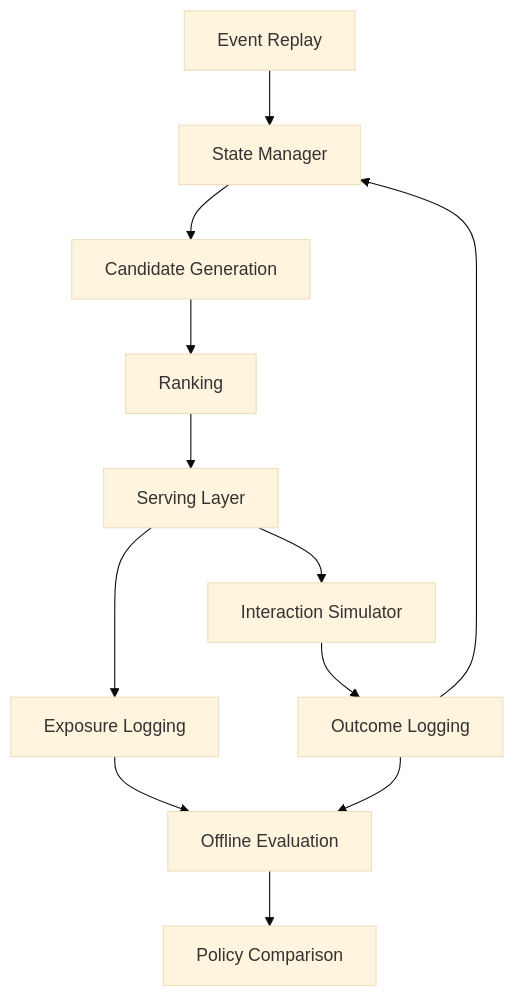
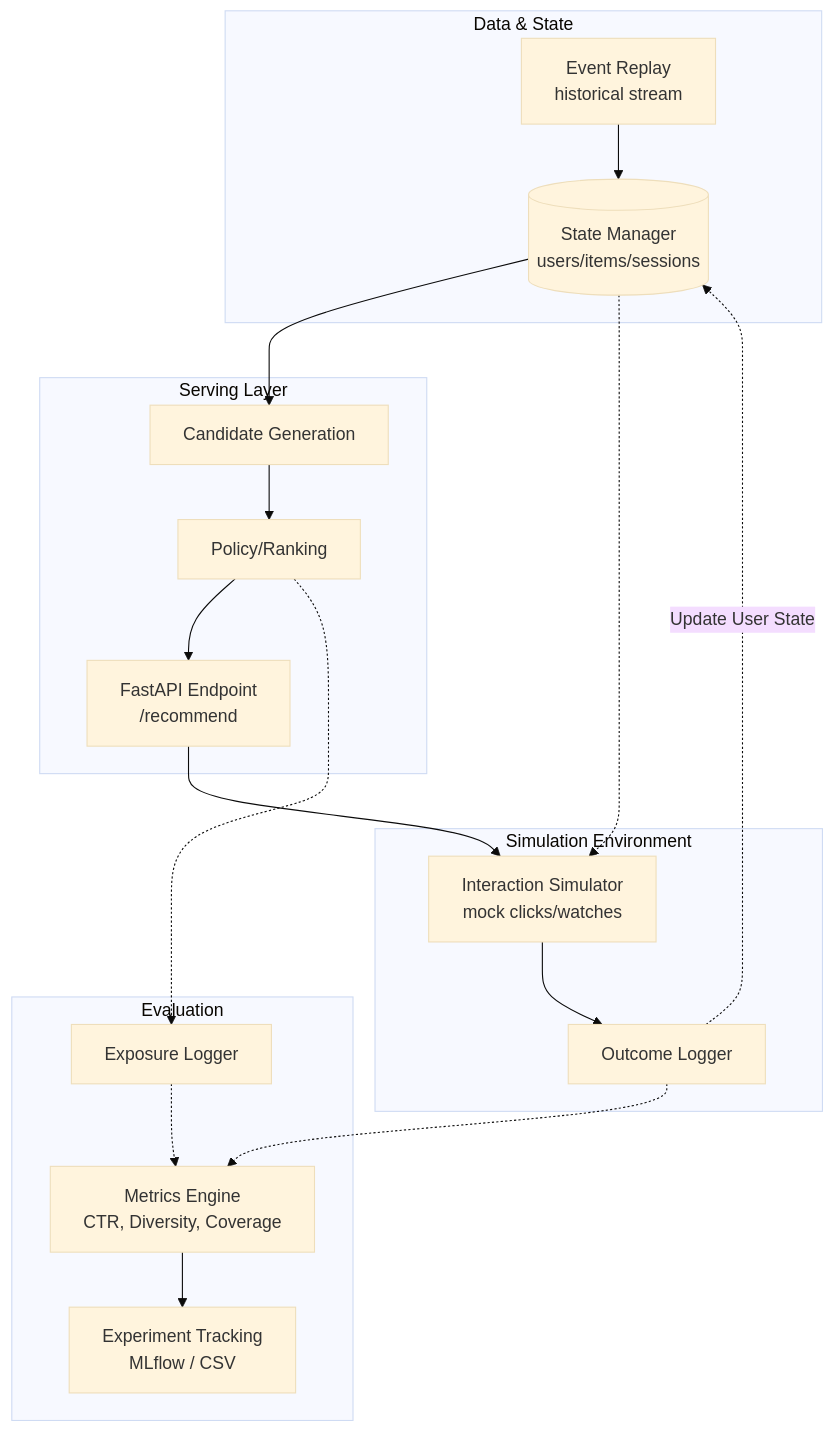
One commit to SuperfiedStudd/recommendation-quality-lab changed the diagram in README.md. Above: the diagram before and after it, drawn with Mermaid (base theme). The commit also changed other lines of this file, not shown here.

````diff
--- a/README.md
+++ b/README.md
@@ -35,14 +25,26 @@
 ```mermaid
 graph TD
-    A[Event Replay] --> B[State Manager]
-    B --> C[Candidate Generation]
-    C --> D[Ranking]
-    D --> E[Serving Layer]
-    E --> F[Exposure Logging]
-    E --> G[Interaction Simulator]
-    G --> H[Outcome Logging]
-    H --> B
-    F --> I[Offline Evaluation]
-    H --> I
-    I --> J[Policy Comparison]
+    subgraph Data & State
+        A[Event Replay <br> historical stream] --> B[(State Manager <br> users/items/sessions)]
+    end
+    
+    subgraph Serving Layer
+        C[Candidate Generation] --> D[Policy/Ranking]
+        B --> C
+        D --> E[FastAPI Endpoint <br> /recommend]
+    end
+    
+    subgraph Simulation Environment
+        E --> F[Interaction Simulator <br> mock clicks/watches]
+        F --> G[Outcome Logger]
+        B -.-> F
+        G -.-> |Update User State| B
+    end
+    
+    subgraph Evaluation
+        D -.-> H[Exposure Logger]
+        G -.-> I[Metrics Engine <br> CTR, Diversity, Coverage]
+        H -.-> I
+        I --> J[Experiment Tracking <br> MLflow / CSV]
+    end
 ```
````
